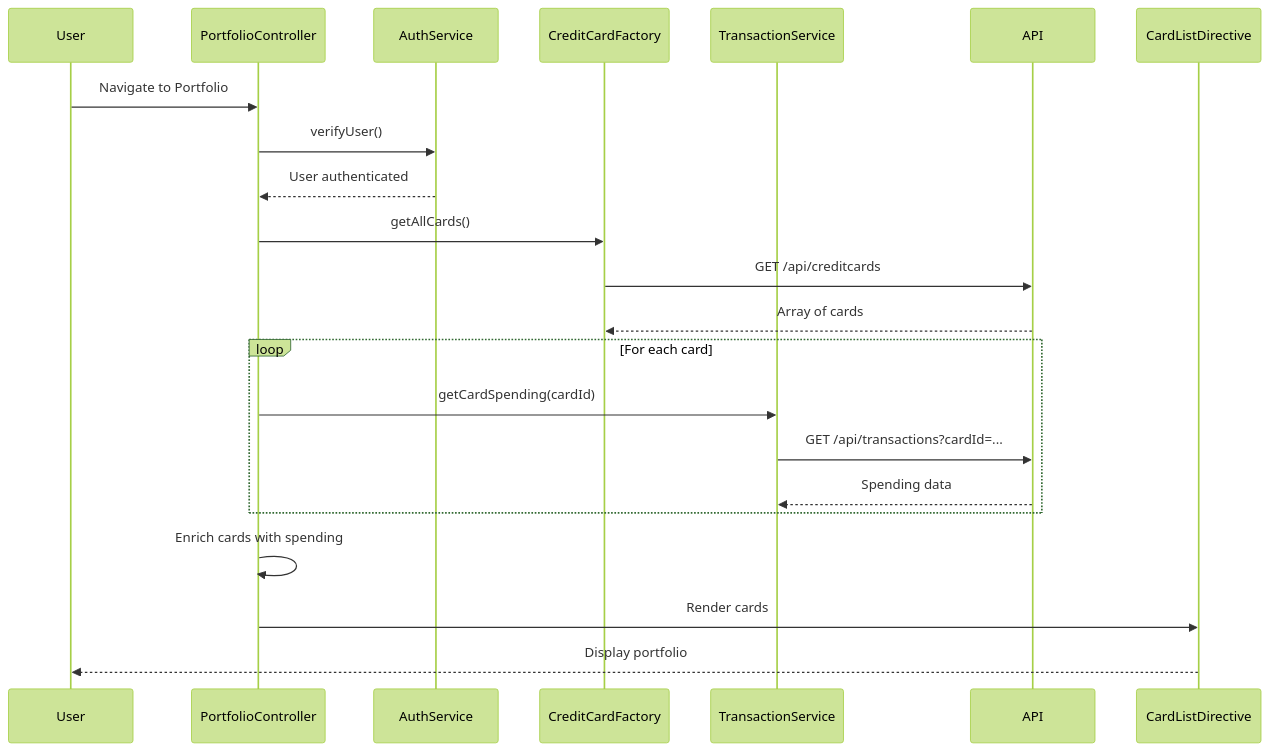
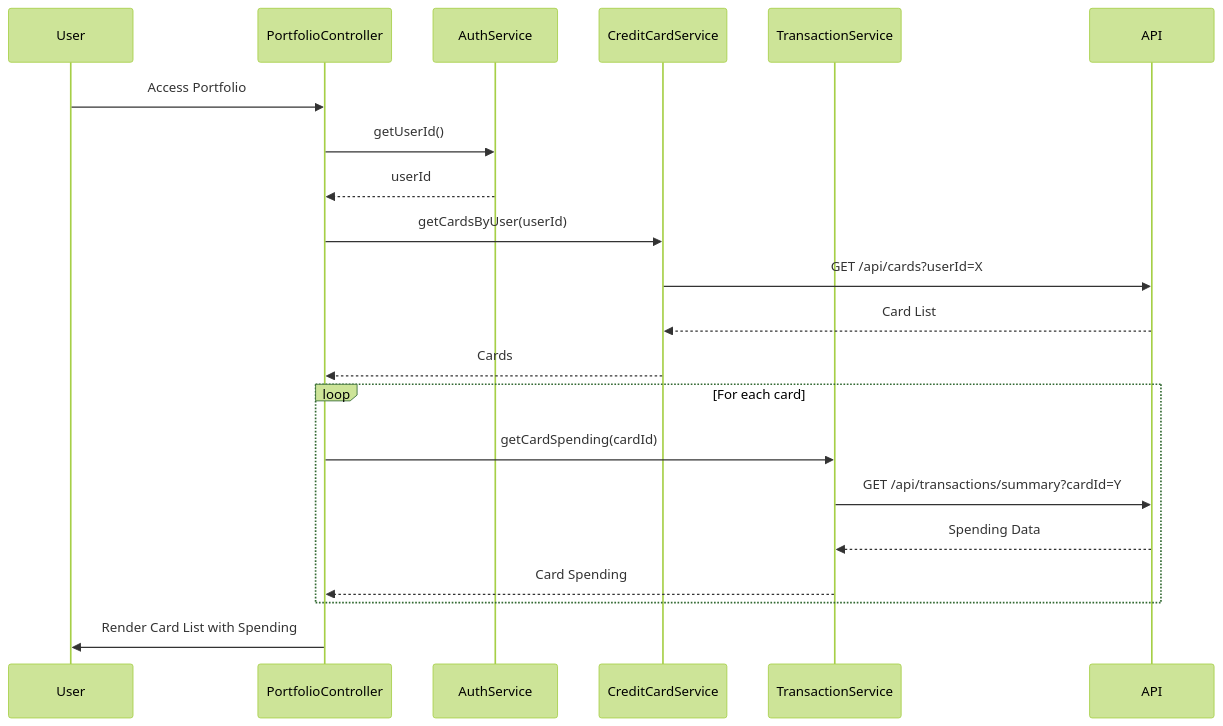
One commit to AAVA-Demo/APB_Demo changed the diagram in LLD/QE-7731_LLD.md. Above: the diagram before and after it, drawn with Mermaid (forest theme). The commit also changed other lines of this file and 5 other files, not shown here.

````diff
--- a/LLD/QE-7731_LLD.md
+++ b/LLD/QE-7731_LLD.md
@@ -81,25 +100,24 @@
 ```mermaid
 sequenceDiagram
     participant User
     participant PortfolioController
     participant AuthService
-    participant CreditCardFactory
+    participant CreditCardService
     participant TransactionService
     participant API
-    participant CardListDirective
 
-    User->>PortfolioController: Navigate to Portfolio
-    PortfolioController->>AuthService: verifyUser()
-    AuthService-->>PortfolioController: User authenticated
-    PortfolioController->>CreditCardFactory: getAllCards()
-    CreditCardFactory->>API: GET /api/creditcards
-    API-->>CreditCardFactory: Array of cards
+    User->>PortfolioController: Access Portfolio
+    PortfolioController->>AuthService: getUserId()
+    AuthService-->>PortfolioController: userId
+    PortfolioController->>CreditCardService: getCardsByUser(userId)
+    CreditCardService->>API: GET /api/cards?userId=X
+    API-->>CreditCardService: Card List
+    CreditCardService-->>PortfolioController: Cards
     loop For each card
         PortfolioController->>TransactionService: getCardSpending(cardId)
-        TransactionService->>API: GET /api/transactions?cardId=...
-        API-->>TransactionService: Spending data
+        TransactionService->>API: GET /api/transactions/summary?cardId=Y
+        API-->>TransactionService: Spending Data
+        TransactionService-->>PortfolioController: Card Spending
     end
-    PortfolioController->>PortfolioController: Enrich cards with spending
-    PortfolioController->>CardListDirective: Render cards
-    CardListDirective-->>User: Display portfolio
+    PortfolioController->>User: Render Card List with Spending
 ```
````
